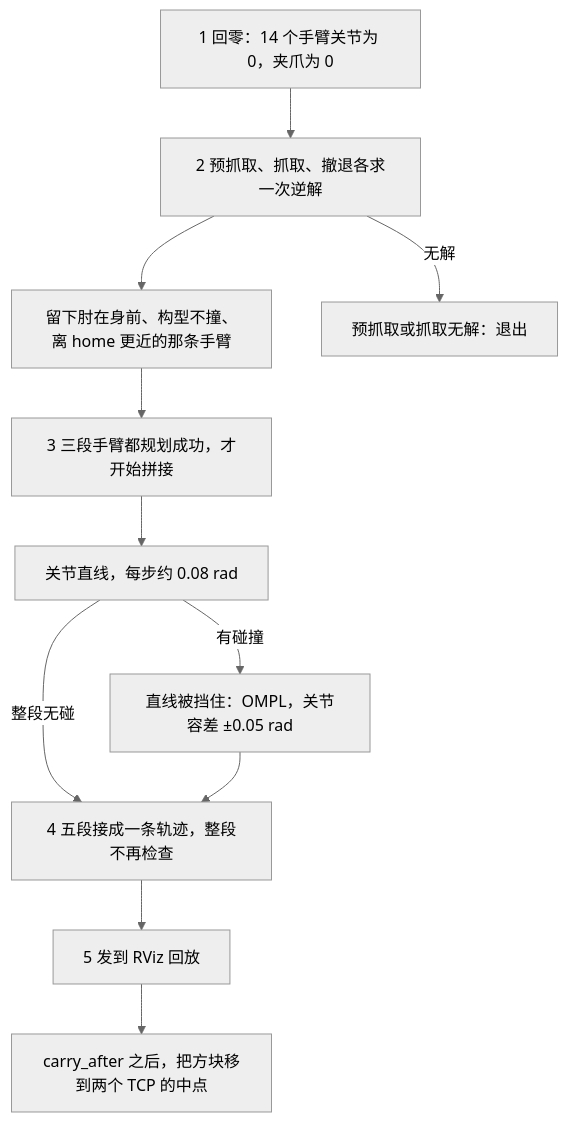
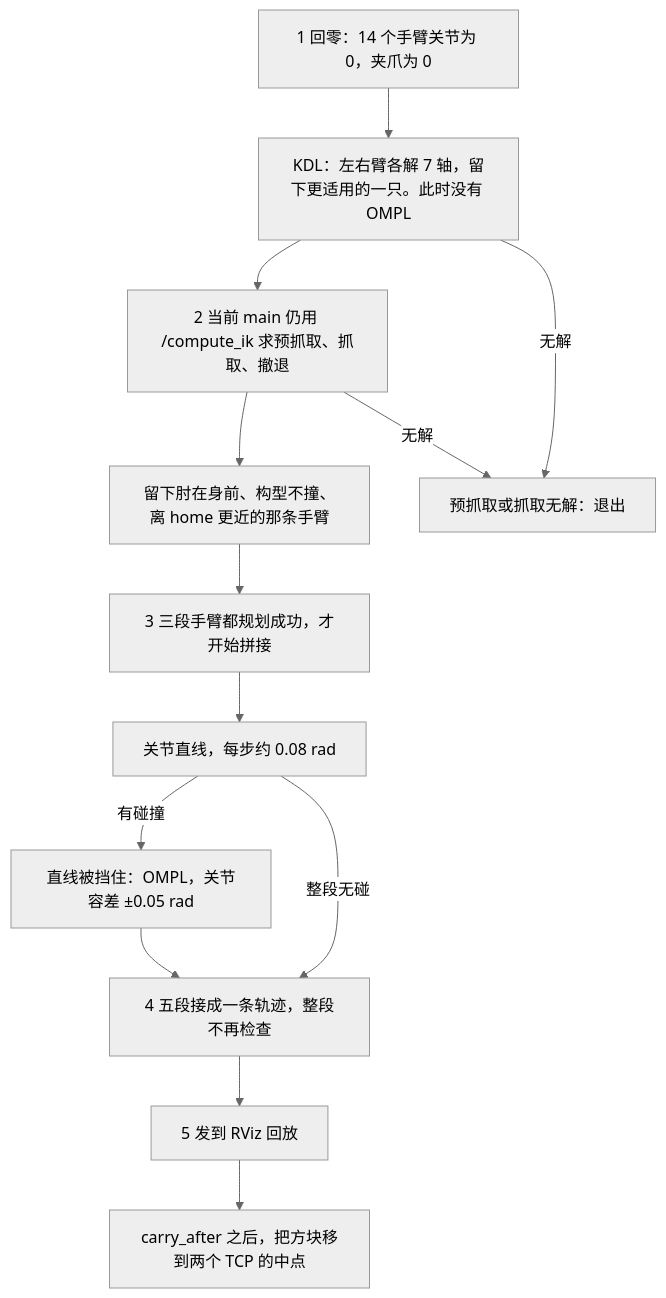
The first of 2 diagrams in docs/grasp_trajectory_workflow.md (splendidsummer/motion_planning_from_scratch), drawn with Mermaid (neutral theme) before and after one commit. The commit also changed other lines of this file and 5 other files, not shown here.

````diff
--- a/docs/grasp_trajectory_workflow.md
+++ b/docs/grasp_trajectory_workflow.md
@@ -22,20 +28,23 @@
 ```mermaid
 flowchart TD
   home["1 回零：14 个手臂关节为 0，夹爪为 0"]
-  ik["2 预抓取、抓取、撤退各求一次逆解"]
+  kdl["KDL：左右臂各解 7 轴，留下更适用的一只。此时没有 OMPL"]
+  ik["2 当前 main 仍用 /compute_ik 求预抓取、抓取、撤退"]
   keep["留下肘在身前、构型不撞、离 home 更近的那条手臂"]
   stop["预抓取或抓取无解：退出"]
   plan["3 三段手臂都规划成功，才开始拼接"]
   line["关节直线，每步约 0.08 rad"]
   ompl["直线被挡住：OMPL，关节容差 ±0.05 rad"]
   join["4 五段接成一条轨迹，整段不再检查"]
   show["5 发到 RViz 回放"]
   cube["carry_after 之后，把方块移到两个 TCP 的中点"]
 
-  home --> ik --> keep --> plan
+  home --> kdl
+  kdl -->|无解| stop
+  kdl --> ik --> keep --> plan
   ik -->|无解| stop
   plan --> line
   line -->|整段无碰| join
   line -->|有碰撞| ompl --> join
   join --> show --> cube
 ```
````
